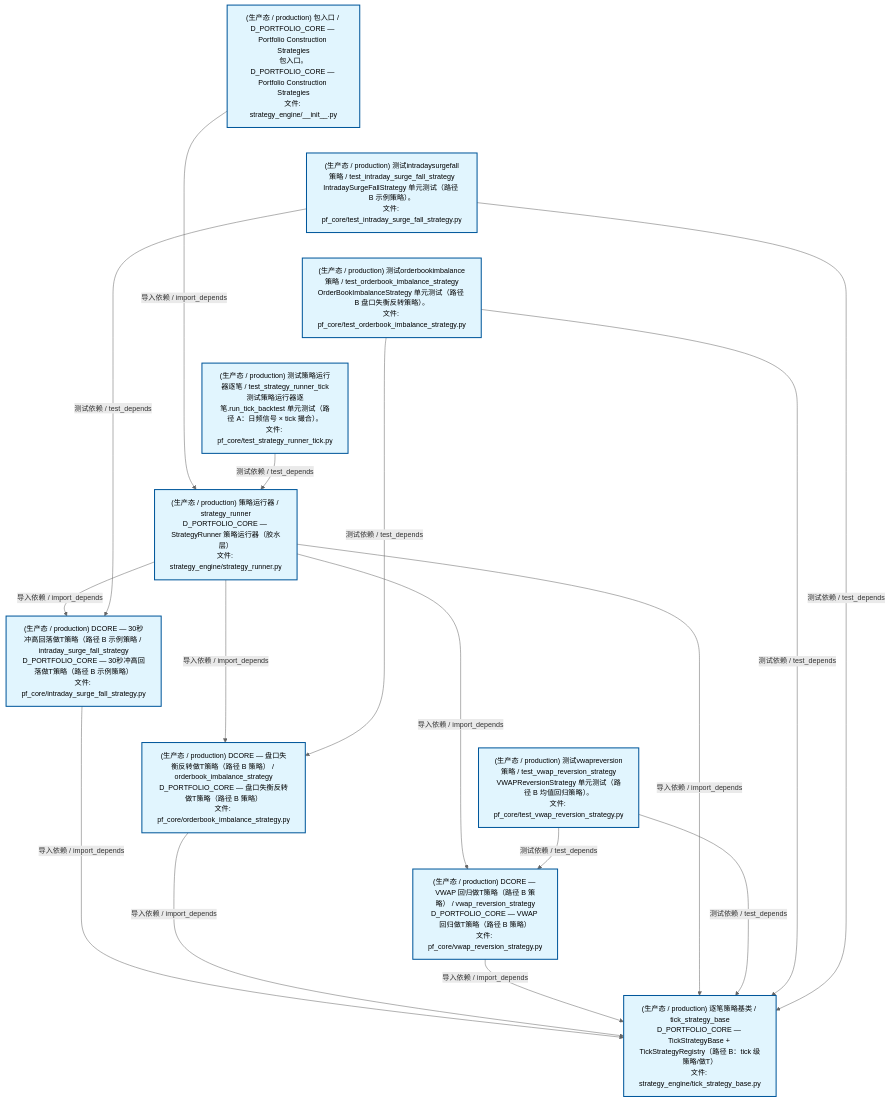
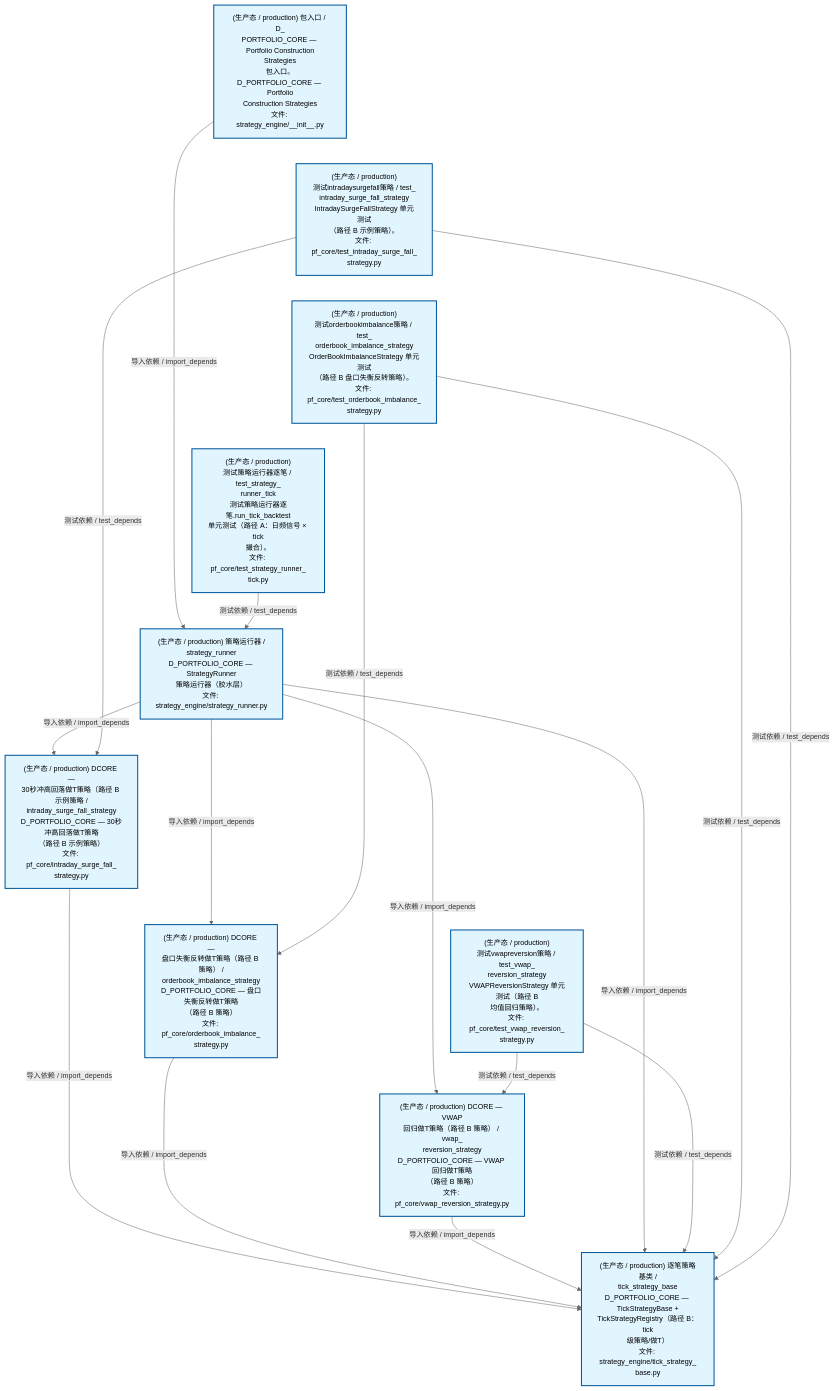
One commit to xuanFelixVan/ZephyrAlpha changed the second of 4 diagrams in docs/02_enterprise_architecture/02_domain_architecture_docs/63_d_pf_core.md. Above: the diagram before and after it, drawn with Mermaid. The commit also changed other lines of this file and 59 other files, not shown here.

````diff
--- a/docs/02_enterprise_architecture/02_domain_architecture_docs/63_d_pf_core.md
+++ b/docs/02_enterprise_architecture/02_domain_architecture_docs/63_d_pf_core.md
@@ -131,40 +131,40 @@
 ```mermaid
 %%{init: {'theme': 'base', 'themeVariables': {'primaryColor': '#eaeaea', 'primaryTextColor': '#333333', 'primaryBorderColor': '#666666', 'lineColor': '#666666', 'secondaryColor': '#eaeaea', 'tertiaryColor': '#eaeaea', 'fontSize': '14px'}}}%%
 flowchart TD
-    src_zephyr_pf_core_strategy_engine_init_py["(生产态 / production) 包入口 / D_PORTFOLIO_CORE — Portfolio Construction Strategies<br/>包入口。D_PORTFOLIO_CORE — Portfolio Construction Strategies<br/>文件: strategy_engine/__init__.py"]
-    tests_pf_core_test_intraday_surge_fall_strategy_py["(生产态 / production) 测试intradaysurgefall策略 / test_intraday_surge_fall_strategy<br/>IntradaySurgeFallStrategy 单元测试（路径 B 示例策略）。<br/>文件: pf_core/test_intraday_surge_fall_strategy.py"]
-    tests_pf_core_test_orderbook_imbalance_strategy_py["(生产态 / production) 测试orderbookimbalance策略 / test_orderbook_imbalance_strategy<br/>OrderBookImbalanceStrategy 单元测试（路径 B 盘口失衡反转策略）。<br/>文件: pf_core/test_orderbook_imbalance_strategy.py"]
-    tests_pf_core_test_strategy_runner_tick_py["(生产态 / production) 测试策略运行器逐笔 / test_strategy_runner_tick<br/>测试策略运行器逐笔.run_tick_backtest 单元测试（路径 A：日频信号 × tick 撮合）。<br/>文件: pf_core/test_strategy_runner_tick.py"]
-    tests_pf_core_test_vwap_reversion_strategy_py["(生产态 / production) 测试vwapreversion策略 / test_vwap_reversion_strategy<br/>VWAPReversionStrategy 单元测试（路径 B 均值回归策略）。<br/>文件: pf_core/test_vwap_reversion_strategy.py"]
+    src_zephyr_pf_core_strategy_engine_init_py["(生产态 / production) 包入口 / D_<br/>PORTFOLIO_CORE — Portfolio Construction<br/>Strategies<br/>包入口。D_PORTFOLIO_CORE — Portfolio<br/>Construction Strategies<br/>文件: strategy_engine/__init__.py"]
+    tests_pf_core_test_intraday_surge_fall_strategy_py["(生产态 / production)<br/>测试intradaysurgefall策略 / test_<br/>intraday_surge_fall_strategy<br/>IntradaySurgeFallStrategy 单元测试<br/>（路径 B 示例策略）。<br/>文件: pf_core/test_intraday_surge_fall_<br/>strategy.py"]
+    tests_pf_core_test_orderbook_imbalance_strategy_py["(生产态 / production)<br/>测试orderbookimbalance策略 / test_<br/>orderbook_imbalance_strategy<br/>OrderBookImbalanceStrategy 单元测试<br/>（路径 B 盘口失衡反转策略）。<br/>文件: pf_core/test_orderbook_imbalance_<br/>strategy.py"]
+    tests_pf_core_test_strategy_runner_tick_py["(生产态 / production)<br/>测试策略运行器逐笔 / test_strategy_<br/>runner_tick<br/>测试策略运行器逐笔.run_tick_backtest<br/>单元测试（路径 A：日频信号 × tick<br/>撮合）。<br/>文件: pf_core/test_strategy_runner_<br/>tick.py"]
+    tests_pf_core_test_vwap_reversion_strategy_py["(生产态 / production)<br/>测试vwapreversion策略 / test_vwap_<br/>reversion_strategy<br/>VWAPReversionStrategy 单元测试（路径 B<br/>均值回归策略）。<br/>文件: pf_core/test_vwap_reversion_<br/>strategy.py"]
     src_zephyr_pf_core_strategy_engine_init_py ~~~ tests_pf_core_test_intraday_surge_fall_strategy_py
     tests_pf_core_test_intraday_surge_fall_strategy_py ~~~ tests_pf_core_test_orderbook_imbalance_strategy_py
     tests_pf_core_test_orderbook_imbalance_strategy_py ~~~ tests_pf_core_test_strategy_runner_tick_py
     tests_pf_core_test_strategy_runner_tick_py ~~~ tests_pf_core_test_vwap_reversion_strategy_py
-    src_zephyr_pf_core_strategy_engine_strategy_runner_py["(生产态 / production) 策略运行器 / strategy_runner<br/>D_PORTFOLIO_CORE — StrategyRunner 策略运行器（胶水层）<br/>文件: strategy_engine/strategy_runner.py"]
-    src_zephyr_pf_core_intraday_surge_fall_strategy_py["(生产态 / production) DCORE — 30秒冲高回落做T策略（路径 B 示例策略 / intraday_surge_fall_strategy<br/>D_PORTFOLIO_CORE — 30秒冲高回落做T策略（路径 B 示例策略）<br/>文件: pf_core/intraday_surge_fall_strategy.py"]
-    src_zephyr_pf_core_orderbook_imbalance_strategy_py["(生产态 / production) DCORE — 盘口失衡反转做T策略（路径 B 策略） / orderbook_imbalance_strategy<br/>D_PORTFOLIO_CORE — 盘口失衡反转做T策略（路径 B 策略）<br/>文件: pf_core/orderbook_imbalance_strategy.py"]
-    src_zephyr_pf_core_vwap_reversion_strategy_py["(生产态 / production) DCORE — VWAP 回归做T策略（路径 B 策略） / vwap_reversion_strategy<br/>D_PORTFOLIO_CORE — VWAP 回归做T策略（路径 B 策略）<br/>文件: pf_core/vwap_reversion_strategy.py"]
+    src_zephyr_pf_core_strategy_engine_strategy_runner_py["(生产态 / production) 策略运行器 /<br/>strategy_runner<br/>D_PORTFOLIO_CORE — StrategyRunner<br/>策略运行器（胶水层）<br/>文件: strategy_engine/strategy_runner.py"]
+    src_zephyr_pf_core_intraday_surge_fall_strategy_py["(生产态 / production) DCORE —<br/>30秒冲高回落做T策略（路径 B 示例策略 /<br/>intraday_surge_fall_strategy<br/>D_PORTFOLIO_CORE — 30秒冲高回落做T策略<br/>（路径 B 示例策略）<br/>文件: pf_core/intraday_surge_fall_<br/>strategy.py"]
+    src_zephyr_pf_core_orderbook_imbalance_strategy_py["(生产态 / production) DCORE —<br/>盘口失衡反转做T策略（路径 B 策略） /<br/>orderbook_imbalance_strategy<br/>D_PORTFOLIO_CORE — 盘口失衡反转做T策略<br/>（路径 B 策略）<br/>文件: pf_core/orderbook_imbalance_<br/>strategy.py"]
+    src_zephyr_pf_core_vwap_reversion_strategy_py["(生产态 / production) DCORE — VWAP<br/>回归做T策略（路径 B 策略） / vwap_<br/>reversion_strategy<br/>D_PORTFOLIO_CORE — VWAP 回归做T策略<br/>（路径 B 策略）<br/>文件: pf_core/vwap_reversion_strategy.py"]
     src_zephyr_pf_core_intraday_surge_fall_strategy_py ~~~ src_zephyr_pf_core_orderbook_imbalance_strategy_py
     src_zephyr_pf_core_orderbook_imbalance_strategy_py ~~~ src_zephyr_pf_core_vwap_reversion_strategy_py
-    src_zephyr_pf_core_strategy_engine_tick_strategy_base_py["(生产态 / production) 逐笔策略基类 / tick_strategy_base<br/>D_PORTFOLIO_CORE — TickStrategyBase + TickStrategyRegistry（路径 B：tick 级策略/做T）<br/>文件: strategy_engine/tick_strategy_base.py"]
+    src_zephyr_pf_core_strategy_engine_tick_strategy_base_py["(生产态 / production) 逐笔策略基类 /<br/>tick_strategy_base<br/>D_PORTFOLIO_CORE — TickStrategyBase +<br/>TickStrategyRegistry（路径 B：tick<br/>级策略/做T）<br/>文件: strategy_engine/tick_strategy_<br/>base.py"]
     src_zephyr_pf_core_intraday_surge_fall_strategy_py -->|导入依赖 / import_depends| src_zephyr_pf_core_strategy_engine_tick_strategy_base_py
     src_zephyr_pf_core_orderbook_imbalance_strategy_py -->|导入依赖 / import_depends| src_zephyr_pf_core_strategy_engine_tick_strategy_base_py
     src_zephyr_pf_core_vwap_reversion_strategy_py -->|导入依赖 / import_depends| src_zephyr_pf_core_strategy_engine_tick_strategy_base_py
     src_zephyr_pf_core_strategy_engine_init_py -->|导入依赖 / import_depends| src_zephyr_pf_core_strategy_engine_strategy_runner_py
     src_zephyr_pf_core_strategy_engine_strategy_runner_py -->|导入依赖 / import_depends| src_zephyr_pf_core_intraday_surge_fall_strategy_py
     src_zephyr_pf_core_strategy_engine_strategy_runner_py -->|导入依赖 / import_depends| src_zephyr_pf_core_orderbook_imbalance_strategy_py
     src_zephyr_pf_core_strategy_engine_strategy_runner_py -->|导入依赖 / import_depends| src_zephyr_pf_core_vwap_reversion_strategy_py
     src_zephyr_pf_core_strategy_engine_strategy_runner_py -->|导入依赖 / import_depends| src_zephyr_pf_core_strategy_engine_tick_strategy_base_py
     tests_pf_core_test_strategy_runner_tick_py -->|测试依赖 / test_depends| src_zephyr_pf_core_strategy_engine_strategy_runner_py
     tests_pf_core_test_vwap_reversion_strategy_py -->|测试依赖 / test_depends| src_zephyr_pf_core_vwap_reversion_strategy_py
     tests_pf_core_test_vwap_reversion_strategy_py -->|测试依赖 / test_depends| src_zephyr_pf_core_strategy_engine_tick_strategy_base_py
     tests_pf_core_test_orderbook_imbalance_strategy_py -->|测试依赖 / test_depends| src_zephyr_pf_core_orderbook_imbalance_strategy_py
     tests_pf_core_test_orderbook_imbalance_strategy_py -->|测试依赖 / test_depends| src_zephyr_pf_core_strategy_engine_tick_strategy_base_py
     tests_pf_core_test_intraday_surge_fall_strategy_py -->|测试依赖 / test_depends| src_zephyr_pf_core_intraday_surge_fall_strategy_py
     tests_pf_core_test_intraday_surge_fall_strategy_py -->|测试依赖 / test_depends| src_zephyr_pf_core_strategy_engine_tick_strategy_base_py
     classDef production fill:#e1f5fe,stroke:#01579b,stroke-width:2px,color:#000
     classDef design fill:#fff3e0,stroke:#e65100,stroke-width:2px,color:#000,stroke-dasharray: 5 5
     classDef external_prod fill:#e8f4fd,stroke:#0277bd,stroke-width:1px,color:#000
     classDef external_design fill:#fff8e7,stroke:#ef6c00,stroke-width:1px,color:#000,stroke-dasharray: 5 5
     class src_zephyr_pf_core_intraday_surge_fall_strategy_py,src_zephyr_pf_core_orderbook_imbalance_strategy_py,src_zephyr_pf_core_strategy_engine_init_py,src_zephyr_pf_core_strategy_engine_strategy_runner_py,src_zephyr_pf_core_strategy_engine_tick_strategy_base_py,src_zephyr_pf_core_vwap_reversion_strategy_py,tests_pf_core_test_intraday_surge_fall_strategy_py,tests_pf_core_test_orderbook_imbalance_strategy_py,tests_pf_core_test_strategy_runner_tick_py,tests_pf_core_test_vwap_reversion_strategy_py production
 ```
````
